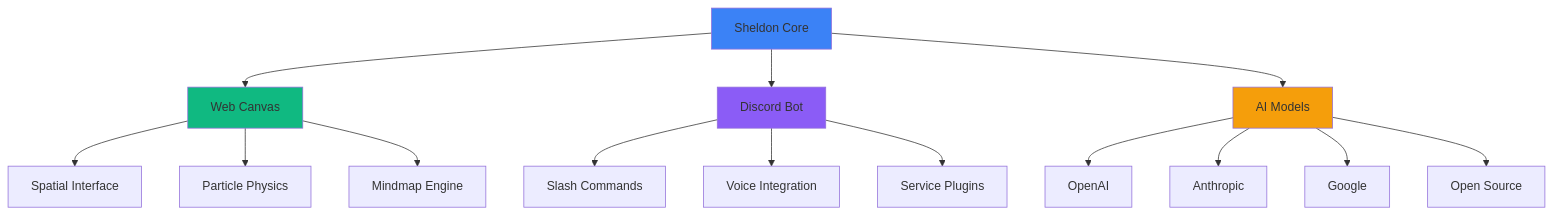
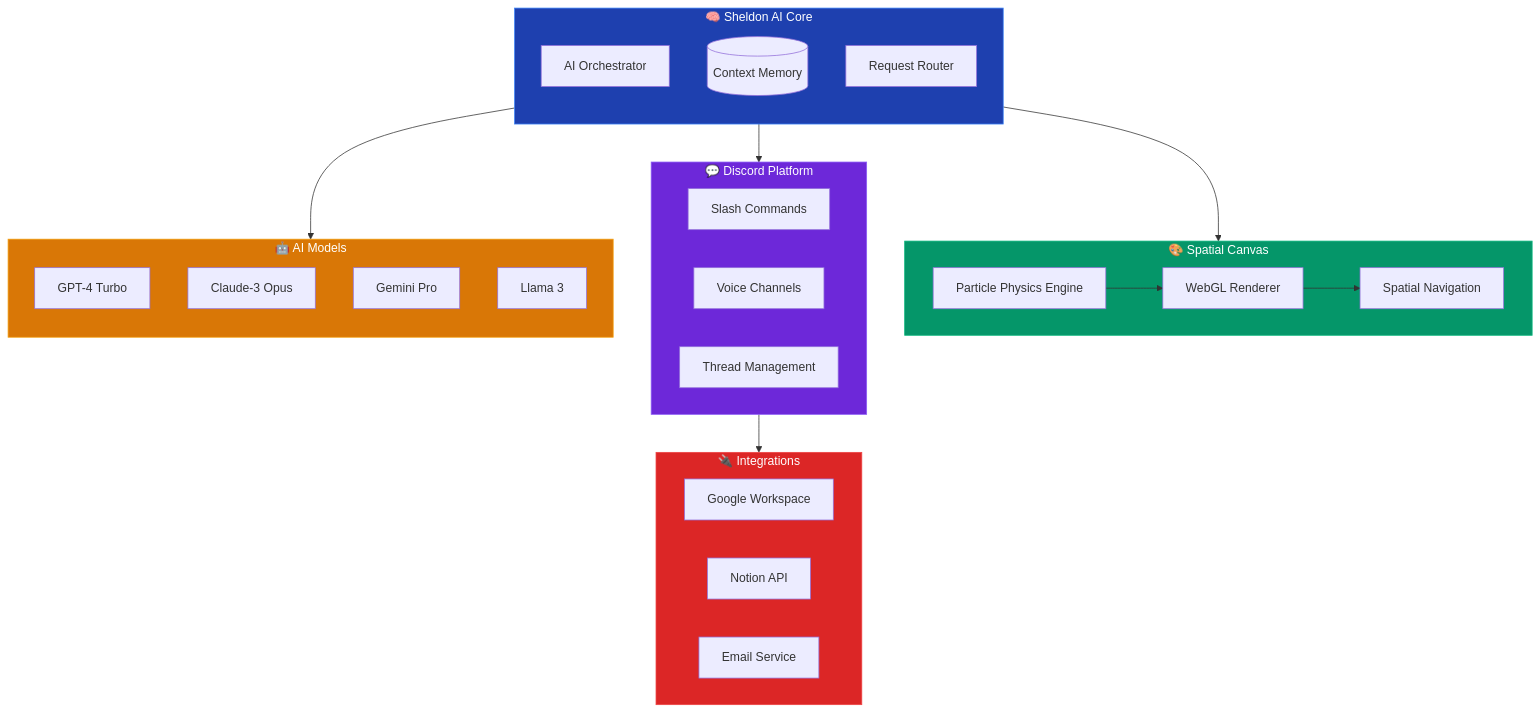
One commit to yogesh121313/sheldon-ai-showcase changed the diagram in README.md. Above: the diagram before and after it, drawn with Mermaid. The commit also changed other lines of this file and 13 other files, not shown here.

````diff
--- a/README.md
+++ b/README.md
@@ -156,24 +155,51 @@
 ```mermaid
-graph TB
-    A[Sheldon Core] --> B[Web Canvas]
-    A --> C[Discord Bot]
-    A --> D[AI Models]
+flowchart TB
+    subgraph Core["🧠 Sheldon AI Core"]
+        direction TB
+        AI[AI Orchestrator]
+        Memory[(Context Memory)]
+        Router[Request Router]
+    end
     
-    B --> B1[Spatial Interface]
-    B --> B2[Particle Physics]
-    B --> B3[Mindmap Engine]
+    subgraph Canvas["🎨 Spatial Canvas"]
+        direction LR
+        Physics[Particle Physics Engine]
+        Render[WebGL Renderer]
+        Spatial[Spatial Navigation]
+        Physics --> Render
+        Render --> Spatial
+    end
     
-    C --> C1[Slash Commands]
-    C --> C2[Voice Integration]
-    C --> C3[Service Plugins]
+    subgraph Discord["💬 Discord Platform"]
+        direction LR
+        Commands[Slash Commands]
+        Voice[Voice Channels]
+        Threads[Thread Management]
+    end
     
-    D --> D1[OpenAI]
-    D --> D2[Anthropic]
-    D --> D3[Google]
-    D --> D4[Open Source]
+    subgraph Models["🤖 AI Models"]
+        direction TB
+        GPT[GPT-4 Turbo]
+        Claude[Claude-3 Opus]
+        Gemini[Gemini Pro]
+        Llama[Llama 3]
+    end
     
-    style A fill:#3B82F6
-    style B fill:#10B981
-    style C fill:#8B5CF6
-    style D fill:#F59E0B
+    subgraph Services["🔌 Integrations"]
+        direction LR
+        Google[Google Workspace]
+        Notion[Notion API]
+        Email[Email Service]
+    end
+    
+    Core --> Canvas
+    Core --> Discord
+    Core --> Models
+    Discord --> Services
+    
+    style Core fill:#1e40af,stroke:#3b82f6,color:#fff
+    style Canvas fill:#059669,stroke:#10b981,color:#fff
+    style Discord fill:#6d28d9,stroke:#8b5cf6,color:#fff
+    style Models fill:#d97706,stroke:#f59e0b,color:#fff
+    style Services fill:#dc2626,stroke:#ef4444,color:#fff
 ```
````
